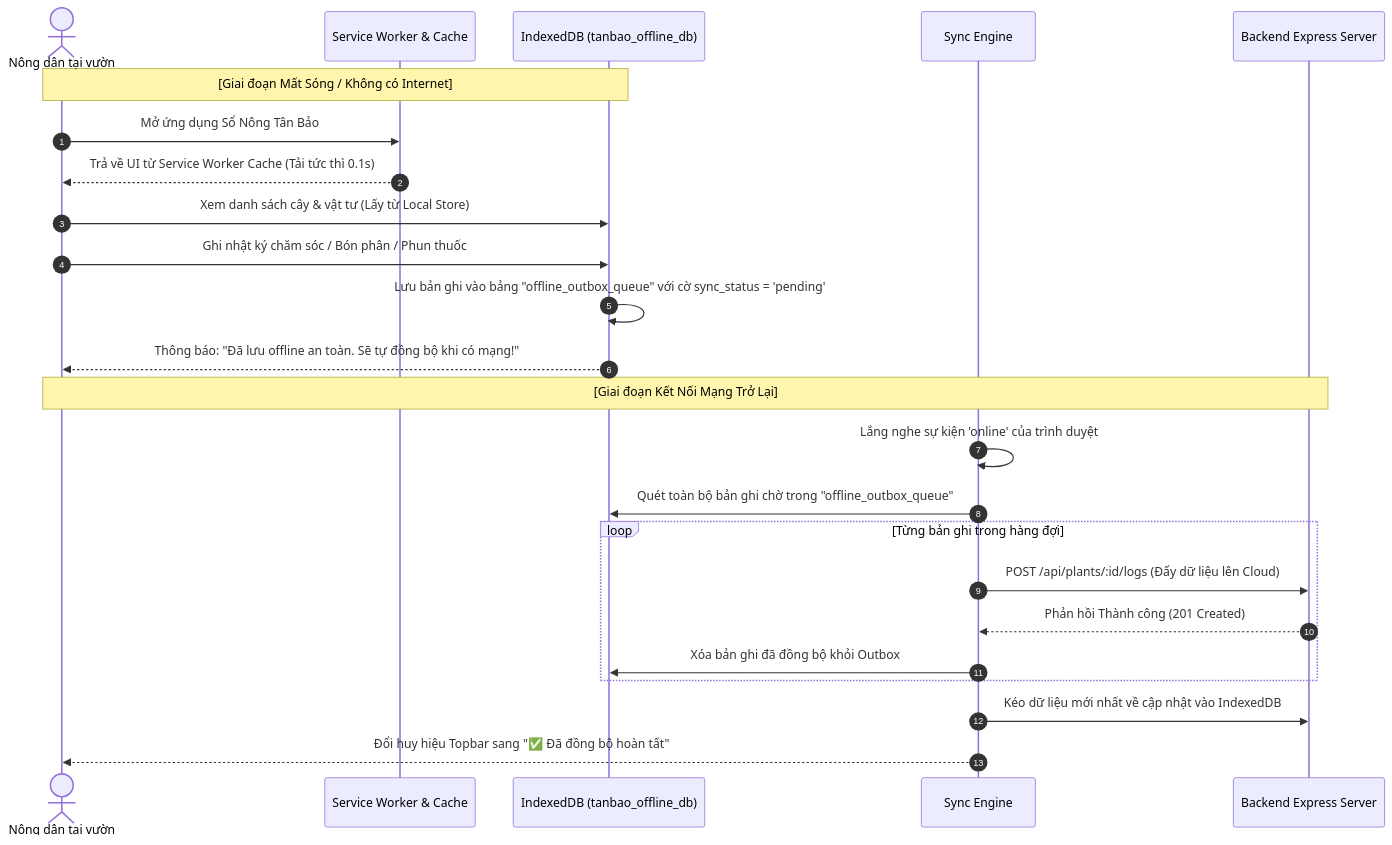
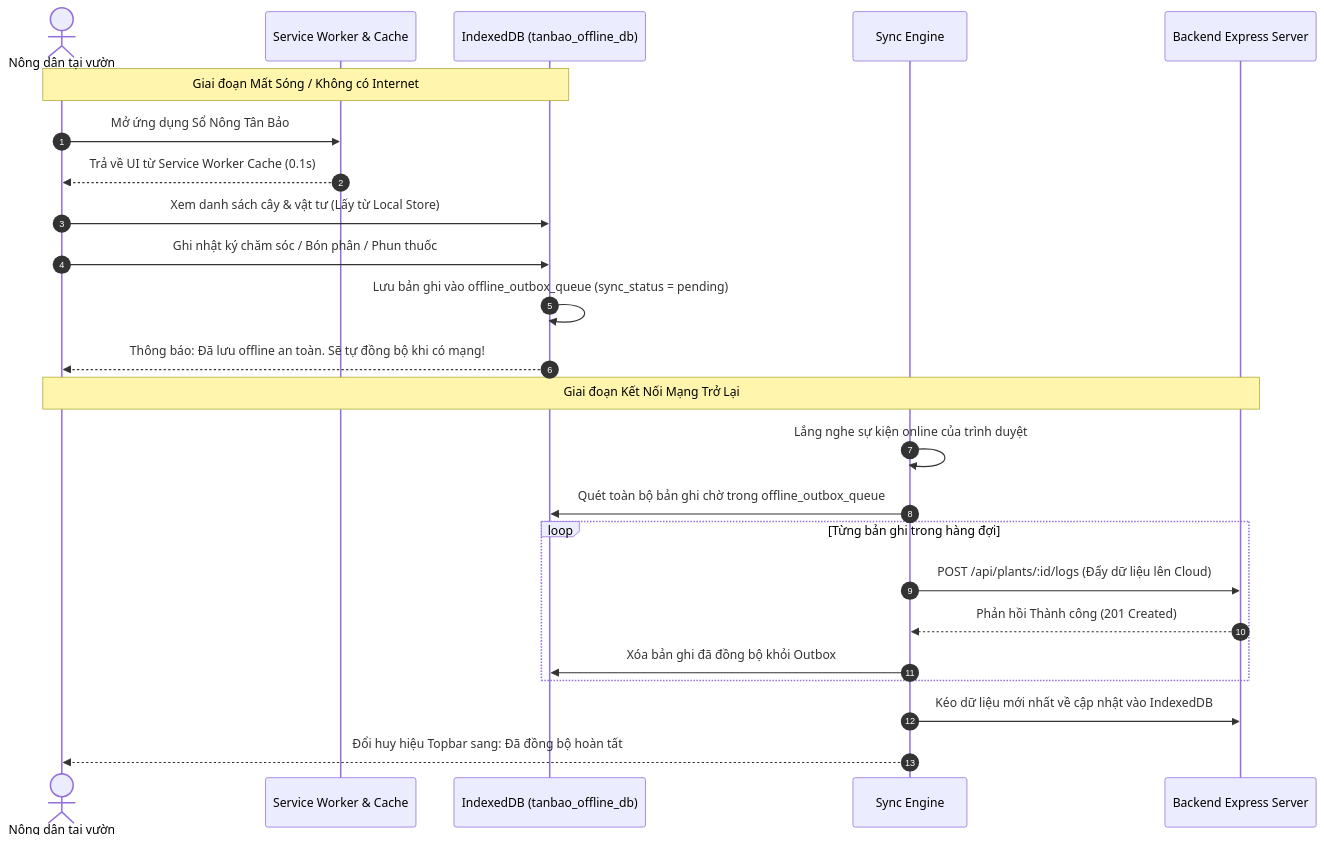
One commit to Phuc0901-pp/plant-book changed the fifth of 6 diagrams in README.md. Above: the diagram before and after it, drawn with Mermaid. The commit also changed other lines of this file, not shown here.

Commit message:
fix(docs): fix Mermaid diagram syntax and layout compatibility for GitHub rendering

````diff
--- a/README.md
+++ b/README.md
@@ -251,28 +248,28 @@
 ```mermaid
 sequenceDiagram
     autonumber
     actor Farmer as Nông dân tại vườn
     participant SW as Service Worker & Cache
     participant IDB as IndexedDB (tanbao_offline_db)
     participant Sync as Sync Engine
     participant Server as Backend Express Server
 
-    Note over Farmer,IDB: [Giai đoạn Mất Sóng / Không có Internet]
+    Note over Farmer,IDB: Giai đoạn Mất Sóng / Không có Internet
     Farmer->>SW: Mở ứng dụng Sổ Nông Tân Bảo
-    SW-->>Farmer: Trả về UI từ Service Worker Cache (Tải tức thì 0.1s)
+    SW-->>Farmer: Trả về UI từ Service Worker Cache (0.1s)
     Farmer->>IDB: Xem danh sách cây & vật tư (Lấy từ Local Store)
     Farmer->>IDB: Ghi nhật ký chăm sóc / Bón phân / Phun thuốc
-    IDB->>IDB: Lưu bản ghi vào bảng "offline_outbox_queue" với cờ sync_status = 'pending'
-    IDB-->>Farmer: Thông báo: "Đã lưu offline an toàn. Sẽ tự đồng bộ khi có mạng!"
+    IDB->>IDB: Lưu bản ghi vào offline_outbox_queue (sync_status = pending)
+    IDB-->>Farmer: Thông báo: Đã lưu offline an toàn. Sẽ tự đồng bộ khi có mạng!
 
-    Note over Farmer,Server: [Giai đoạn Kết Nối Mạng Trở Lại]
-    Sync->>Sync: Lắng nghe sự kiện 'online' của trình duyệt
-    Sync->>IDB: Quét toàn bộ bản ghi chờ trong "offline_outbox_queue"
+    Note over Farmer,Server: Giai đoạn Kết Nối Mạng Trở Lại
+    Sync->>Sync: Lắng nghe sự kiện online của trình duyệt
+    Sync->>IDB: Quét toàn bộ bản ghi chờ trong offline_outbox_queue
     loop Từng bản ghi trong hàng đợi
         Sync->>Server: POST /api/plants/:id/logs (Đẩy dữ liệu lên Cloud)
         Server-->>Sync: Phản hồi Thành công (201 Created)
         Sync->>IDB: Xóa bản ghi đã đồng bộ khỏi Outbox
     end
     Sync->>Server: Kéo dữ liệu mới nhất về cập nhật vào IndexedDB
-    Sync-->>Farmer: Đổi huy hiệu Topbar sang "✅ Đã đồng bộ hoàn tất"
+    Sync-->>Farmer: Đổi huy hiệu Topbar sang: Đã đồng bộ hoàn tất
 ```
````
